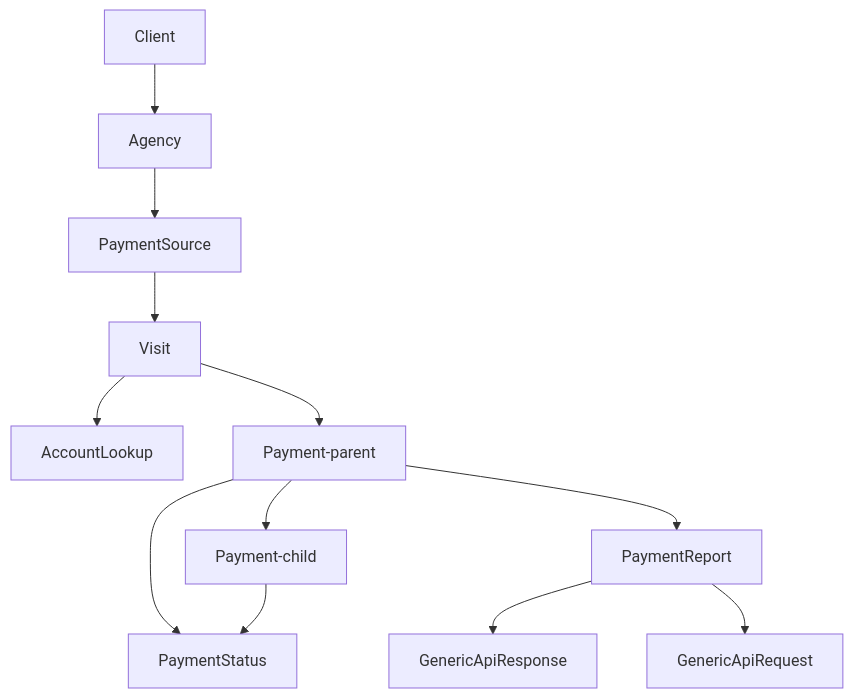
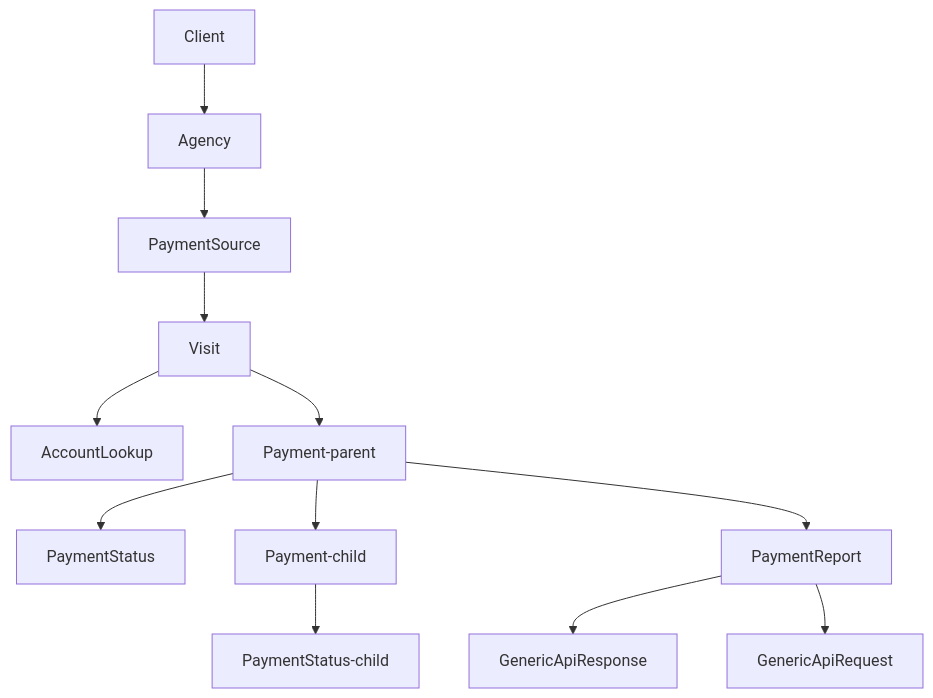
The diagram in README.md (PhiMed/rails_engine_fe), drawn with Mermaid before and after one commit.

````diff
--- a/README.md
+++ b/README.md
@@ -9,14 +9,14 @@
 ```mermaid
 graph TD;
     Client-->Agency;
     Agency-->PaymentSource;
     PaymentSource-->Visit;
     Visit-->AccountLookup;
     Visit-->Payment-parent;
     Payment-parent-->PaymentStatus;
     Payment-parent-->Payment-child;
-    Payment-child-->PaymentStatus;
+    Payment-child-->PaymentStatus-child;
     Payment-parent-->PaymentReport;
     PaymentReport-->GenericApiResponse;
     PaymentReport-->GenericApiRequest
 ```
````
